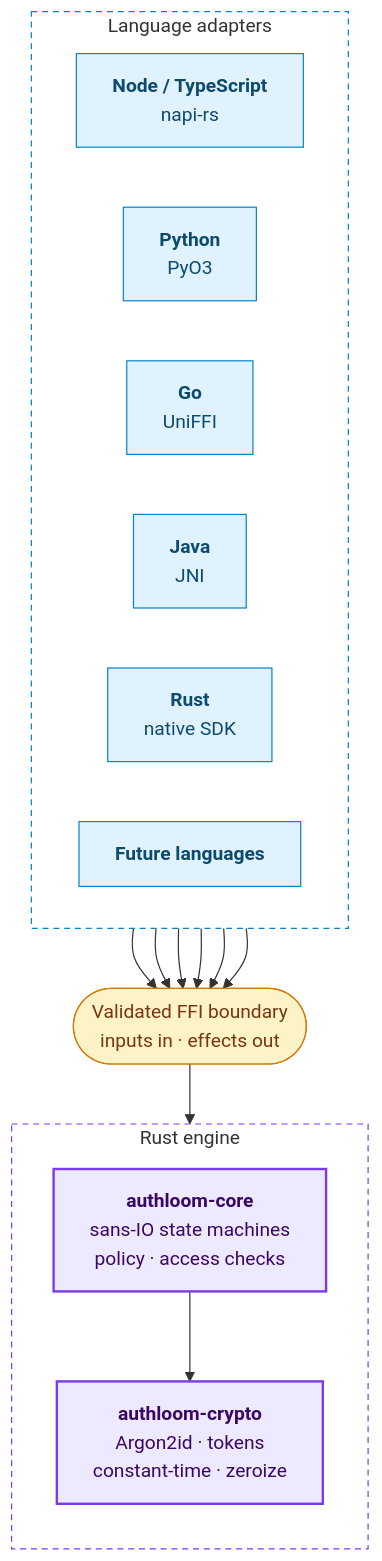
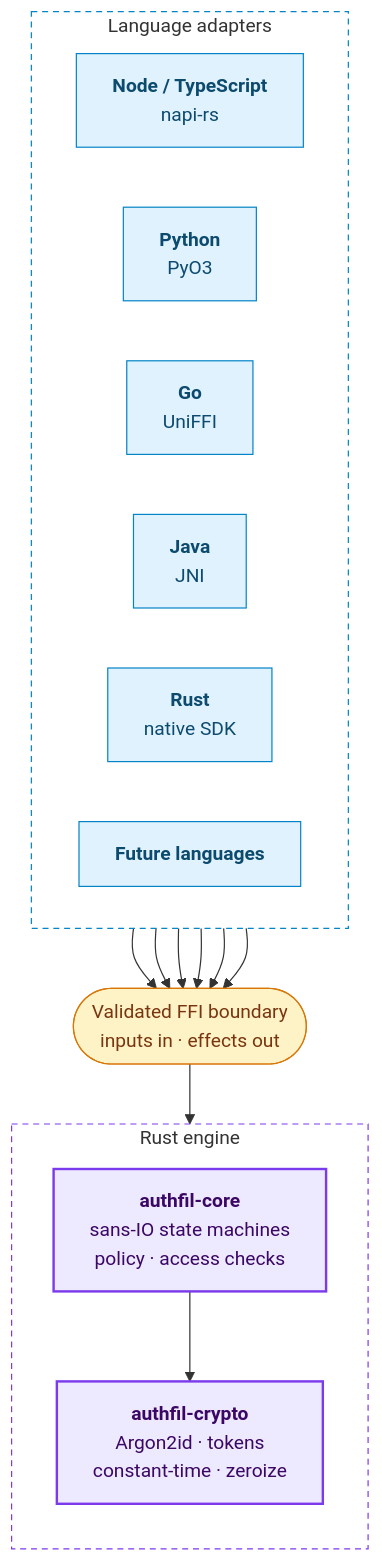
One commit to authfil/auth-fil changed the first of 2 diagrams in docs/src/content/docs/concepts/architecture.md. Above: the diagram before and after it, drawn with Mermaid. The commit also changed other lines of this file and 60 other files, not shown here.

````diff
--- a/docs/src/content/docs/concepts/architecture.md
+++ b/docs/src/content/docs/concepts/architecture.md
@@ -8,32 +8,32 @@
 ```mermaid
 flowchart TB
     subgraph adapters["Language adapters"]
         direction LR
         node["<b>Node / TypeScript</b><br/>napi-rs"]
         python["<b>Python</b><br/>PyO3"]
         go["<b>Go</b><br/>UniFFI"]
         java["<b>Java</b><br/>JNI"]
         rust["<b>Rust</b><br/>native SDK"]
         more["<b>Future languages</b>"]
     end
 
     boundary(["Validated FFI boundary<br/>inputs in · effects out"])
 
     subgraph engine["Rust engine"]
         direction TB
-        core["<b>authloom-core</b><br/>sans-IO state machines<br/>policy · access checks"]
-        crypto["<b>authloom-crypto</b><br/>Argon2id · tokens<br/>constant-time · zeroize"]
+        core["<b>authfil-core</b><br/>sans-IO state machines<br/>policy · access checks"]
+        crypto["<b>authfil-crypto</b><br/>Argon2id · tokens<br/>constant-time · zeroize"]
         core --> crypto
     end
 
     node & python & go & java & rust & more --> boundary --> core
 
     classDef adapter fill:#e0f2fe,stroke:#0284c7,color:#0c4a6e
     classDef port fill:#fef3c7,stroke:#d97706,color:#78350f
     classDef engine fill:#ede9fe,stroke:#7c3aed,color:#3b0764,stroke-width:2px
     class node,python,go,java,rust,more adapter
     class boundary port
     class core,crypto engine
     style adapters fill:transparent,stroke:#0284c7,stroke-dasharray:5 4
     style engine fill:transparent,stroke:#7c3aed,stroke-dasharray:5 4
 ```
````
